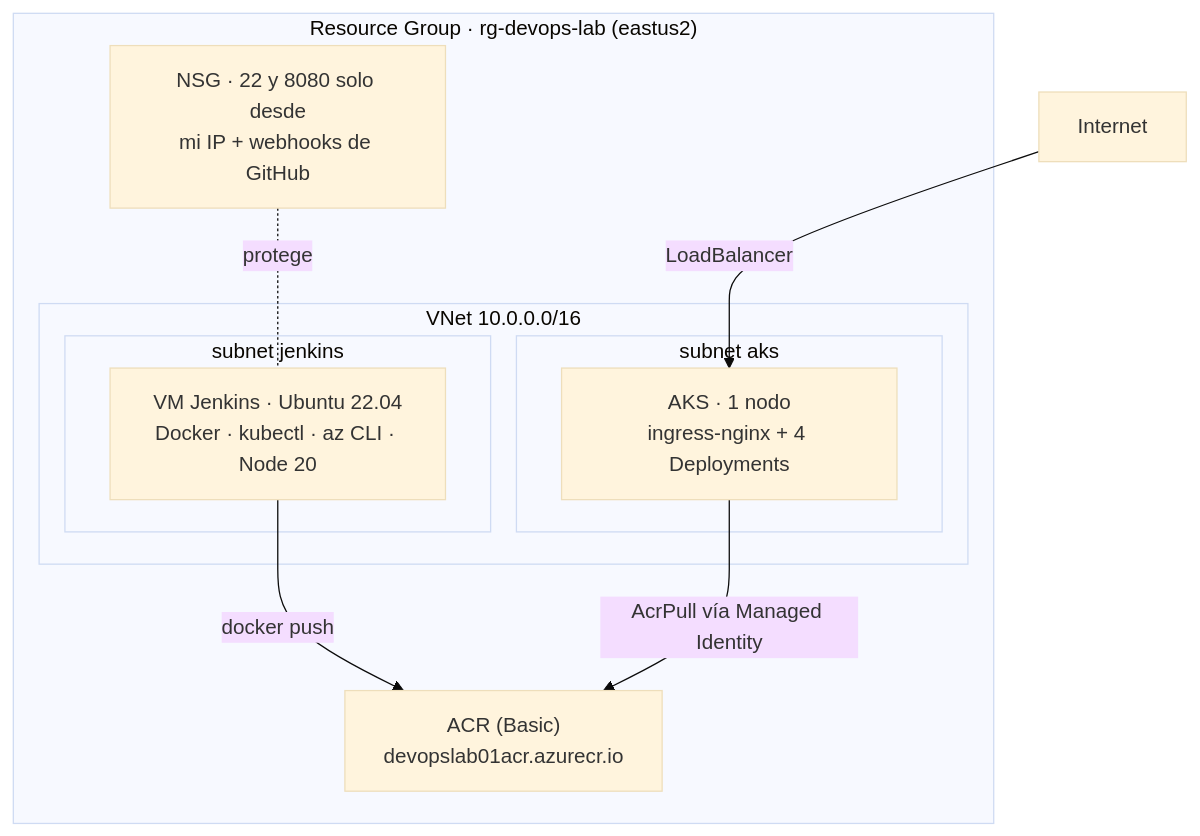
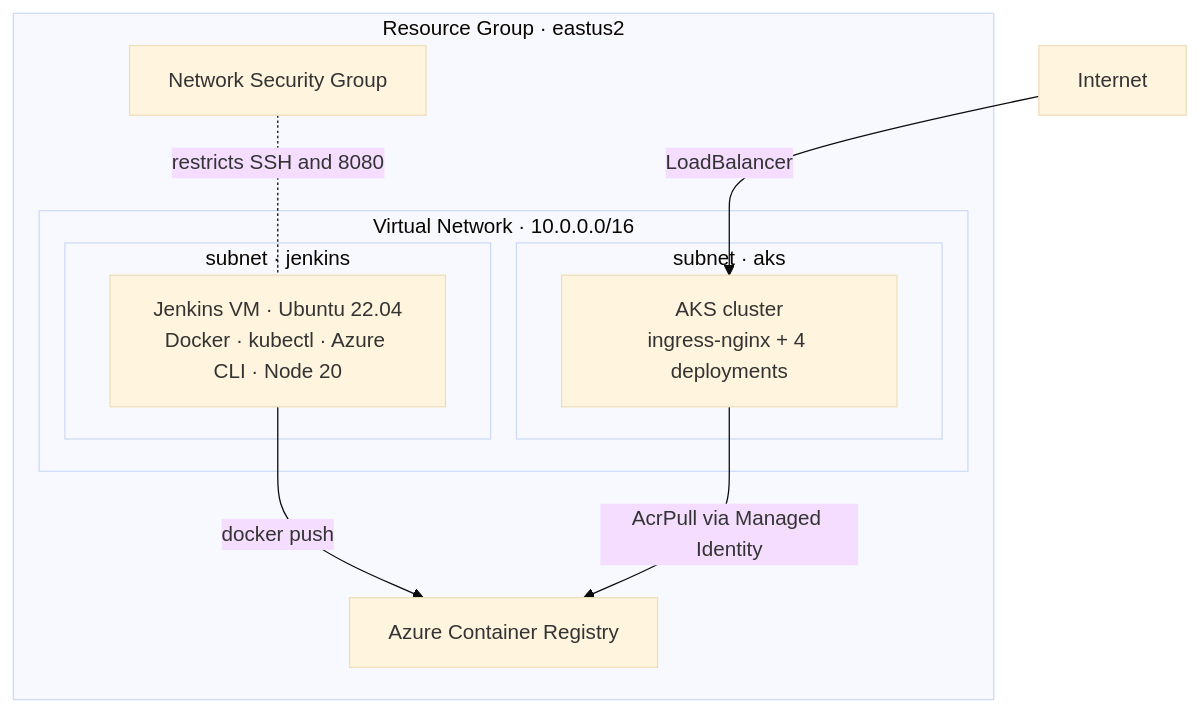
One commit to Rxcxrdx/microfrontends-aks-jenkins changed the second of 3 diagrams in README.md. Above: the diagram before and after it, drawn with Mermaid (base theme). The commit also changed other lines of this file, not shown here.

````diff
--- a/README.md
+++ b/README.md
@@ -74,20 +152,22 @@
 ```mermaid
 flowchart TB
-    subgraph RG["Resource Group · rg-devops-lab (eastus2)"]
-        subgraph VNET["VNet 10.0.0.0/16"]
-            subgraph SNAKS["subnet aks"]
-                AKS["AKS · 1 nodo<br/>ingress-nginx + 4 Deployments"]
+    Internet["Internet"]
+
+    subgraph RG["Resource Group · eastus2"]
+        subgraph VNET["Virtual Network · 10.0.0.0/16"]
+            subgraph SNAKS["subnet · aks"]
+                AKS["AKS cluster<br/>ingress-nginx + 4 deployments"]
             end
-            subgraph SNJ["subnet jenkins"]
-                VM["VM Jenkins · Ubuntu 22.04<br/>Docker · kubectl · az CLI · Node 20"]
+            subgraph SNJ["subnet · jenkins"]
+                VM["Jenkins VM · Ubuntu 22.04<br/>Docker · kubectl · Azure CLI · Node 20"]
             end
         end
-        ACR["ACR (Basic)<br/>devopslab01acr.azurecr.io"]
-        NSG["NSG · 22 y 8080 solo desde<br/>mi IP + webhooks de GitHub"]
+        ACR["Azure Container Registry"]
+        NSG["Network Security Group"]
     end
 
+    Internet -->|LoadBalancer| AKS
     VM -->|docker push| ACR
-    AKS -->|AcrPull vía Managed Identity| ACR
-    NSG -. protege .- VM
-    Internet["Internet"] -->|LoadBalancer| AKS
+    AKS -->|AcrPull via Managed Identity| ACR
+    NSG -. restricts SSH and 8080 .- VM
 ```
````
